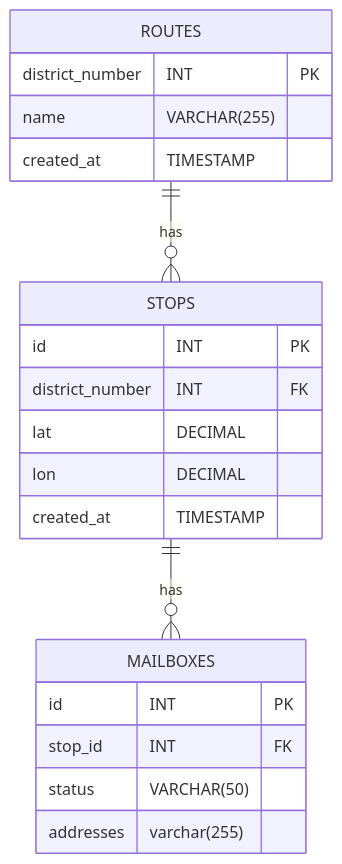
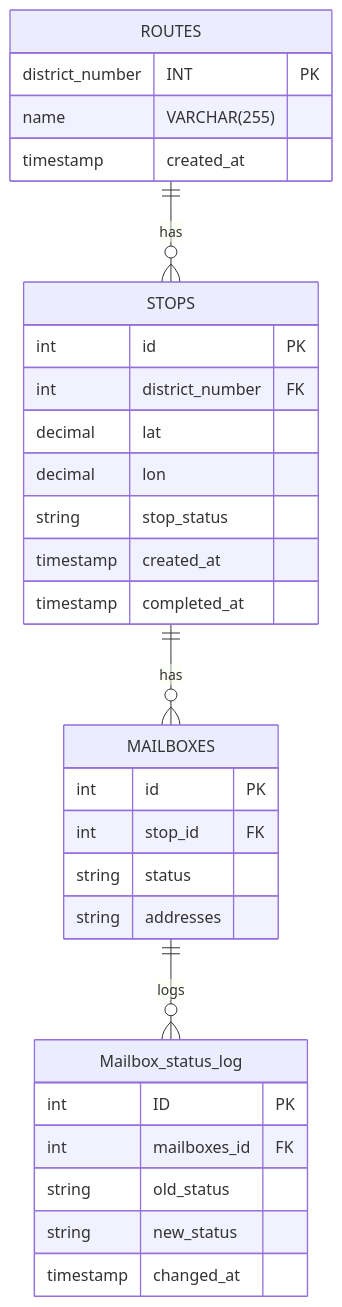
Before and after one commit to miskadelux/Route-Optimizer: the diagram in docs/ER-diagram.md, drawn with Mermaid.

Commit message:
Revise ER diagram with updated data types and new entity
Updated the ER diagram to reflect changes in data types and added the Mailbox_status_log entity.

````diff
--- a/docs/ER-diagram.md
+++ b/docs/ER-diagram.md
@@ -1,27 +1,38 @@
 ```mermaid
 erDiagram
 ROUTES ||--o{ STOPS : has
 STOPS ||--o{ MAILBOXES : has
+MAILBOXES ||--o{ Mailbox_status_log : logs
 
 
     ROUTES  {
         district_number INT PK
         name VARCHAR(255)
-        created_at TIMESTAMP
+        timestamp created_at
     }
 
     STOPS {
-        id INT PK
-        district_number INT FK
-        lat DECIMAL
-        lon DECIMAL
-        created_at TIMESTAMP
+        int id PK
+        int district_number FK
+        decimal lat
+        decimal lon
+        string stop_status
+        timestamp created_at
+        timestamp completed_at 
     }
 
     MAILBOXES {
-    id INT PK
-    stop_id INT FK
-    status VARCHAR(50)
-    addresses varchar(255)
+        int id PK
+        int stop_id FK
+        string status 
+        string addresses 
+    }
+
+    Mailbox_status_log {
+        int ID PK
+        int mailboxes_id FK
+        string old_status
+        string new_status
+        timestamp changed_at
     }
 ```
````
